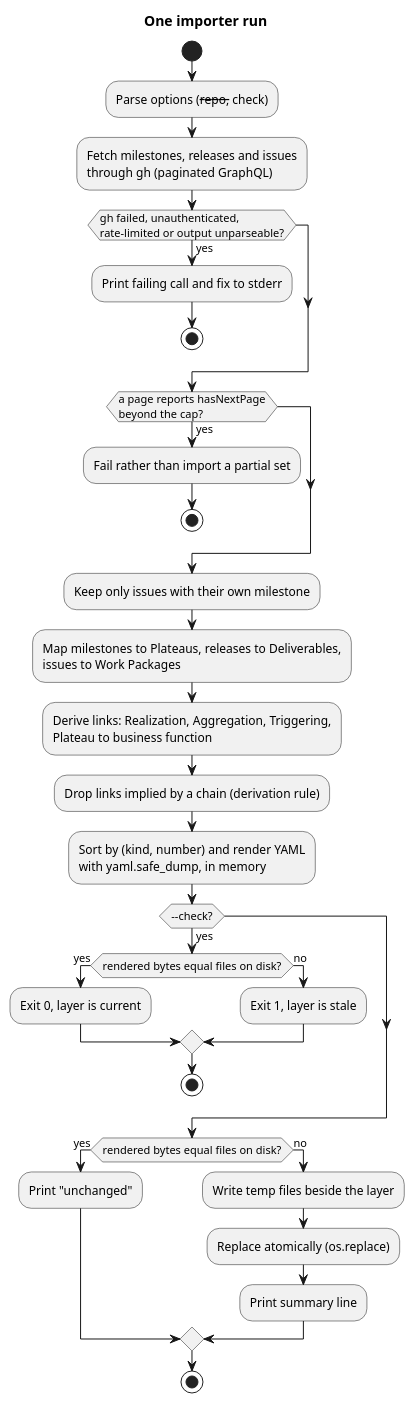
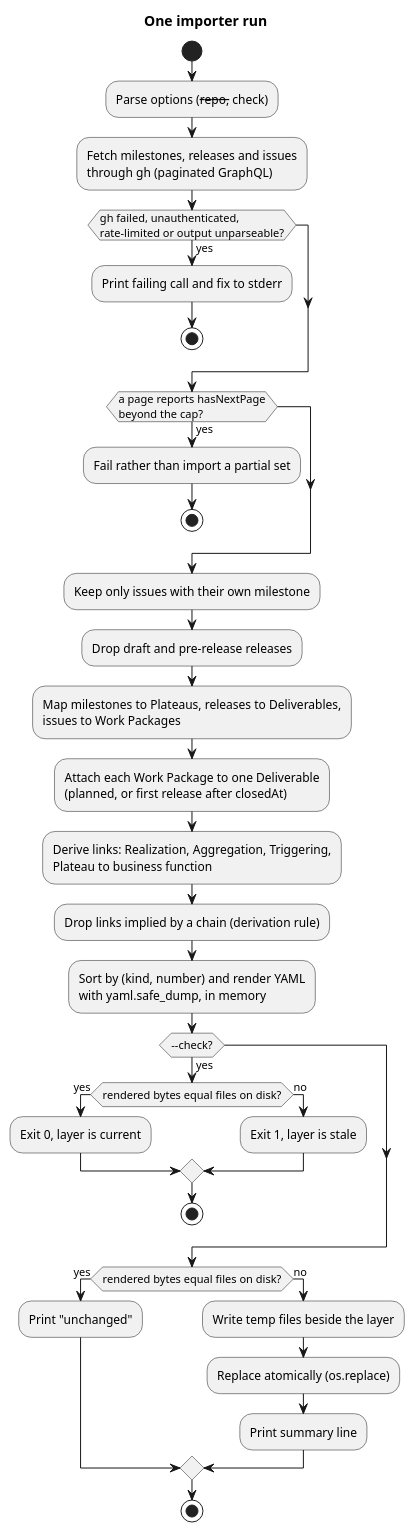
Before and after one commit to wolffy-au/frictionless-architect: the second of 2 diagrams in specs/003-gh-roadmap-archimate/plan.md, drawn with PlantUML. The commit also changed other lines of this file and 4 other files, not shown here.

````diff
--- a/specs/003-gh-roadmap-archimate/plan.md
+++ b/specs/003-gh-roadmap-archimate/plan.md
@@ -140,37 +143,39 @@
 ```plantuml
 @startuml
 title One importer run
 start
 :Parse options (--repo, --check);
 :Fetch milestones, releases and issues\nthrough gh (paginated GraphQL);
 if (gh failed, unauthenticated,\nrate-limited or output unparseable?) then (yes)
   :Print failing call and fix to stderr;
   stop
 endif
 if (a page reports hasNextPage\nbeyond the cap?) then (yes)
   :Fail rather than import a partial set;
   stop
 endif
 :Keep only issues with their own milestone;
+:Drop draft and pre-release releases;
 :Map milestones to Plateaus, releases to Deliverables,\nissues to Work Packages;
+:Attach each Work Package to one Deliverable\n(planned, or first release after closedAt);
 :Derive links: Realization, Aggregation, Triggering,\nPlateau to business function;
 :Drop links implied by a chain (derivation rule);
 :Sort by (kind, number) and render YAML\nwith yaml.safe_dump, in memory;
 if (--check?) then (yes)
   if (rendered bytes equal files on disk?) then (yes)
     :Exit 0, layer is current;
   else (no)
     :Exit 1, layer is stale;
   endif
   stop
 endif
 if (rendered bytes equal files on disk?) then (yes)
   :Print "unchanged";
 else (no)
   :Write temp files beside the layer;
   :Replace atomically (os.replace);
   :Print summary line;
 endif
 stop
 @enduml
 ```
````
